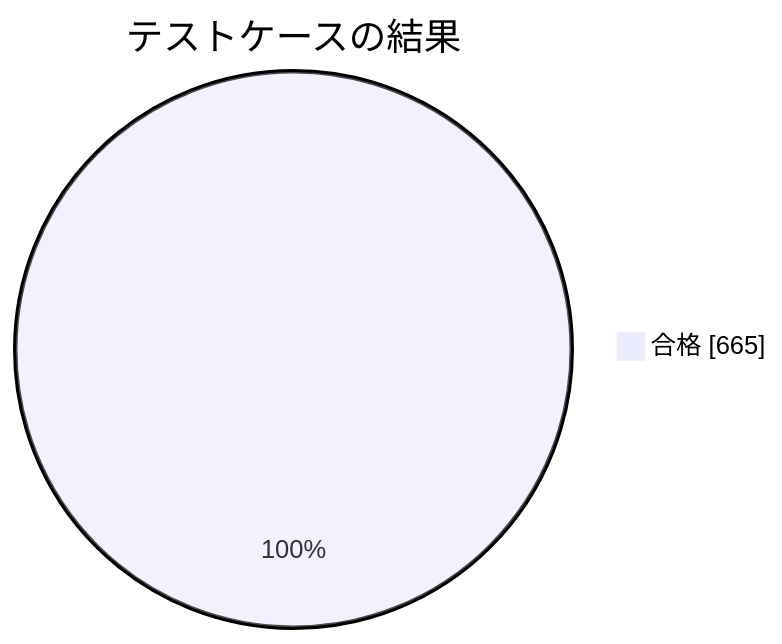
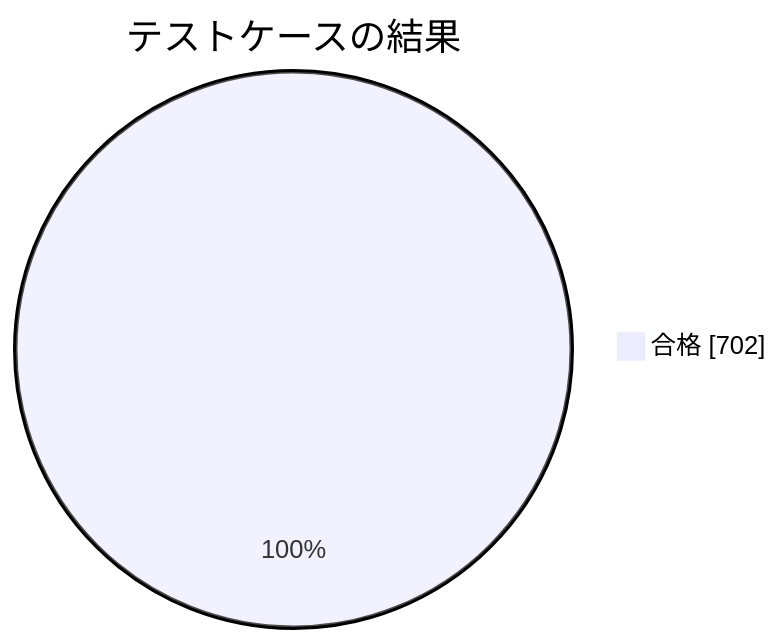
One commit to pocarialice/rpglearning changed the second of 3 diagrams in documents/モジュールテスト結果報告書_RPG学習アプリ.md. Above: the diagram before and after it, drawn with Mermaid. The commit also changed other lines of this file and 1 other file, not shown here.

````diff
--- a/documents/モジュールテスト結果報告書_RPG学習アプリ.md
+++ b/documents/モジュールテスト結果報告書_RPG学習アプリ.md
@@ -64,4 +64,4 @@
 ```mermaid
 pie showData title テストケースの結果
-  "合格" : 665
+  "合格" : 702
 ```
````
